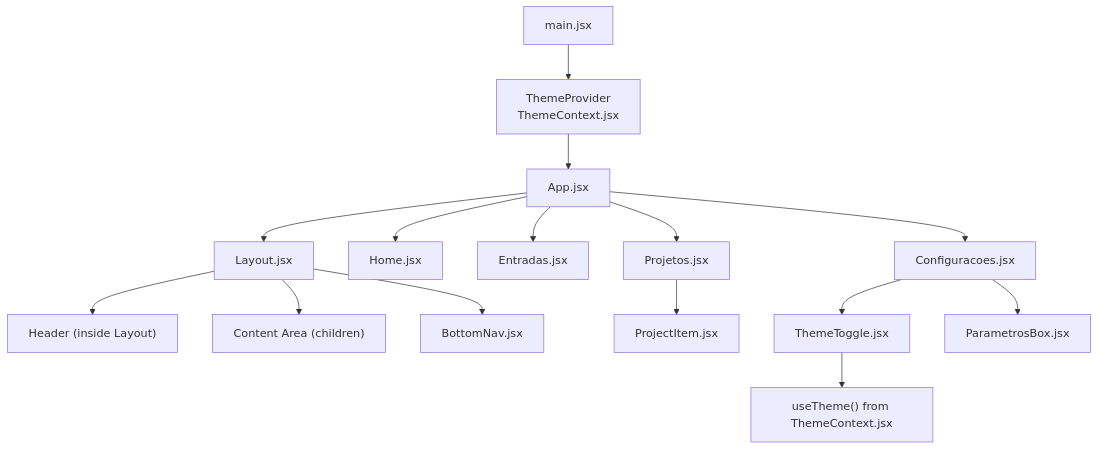
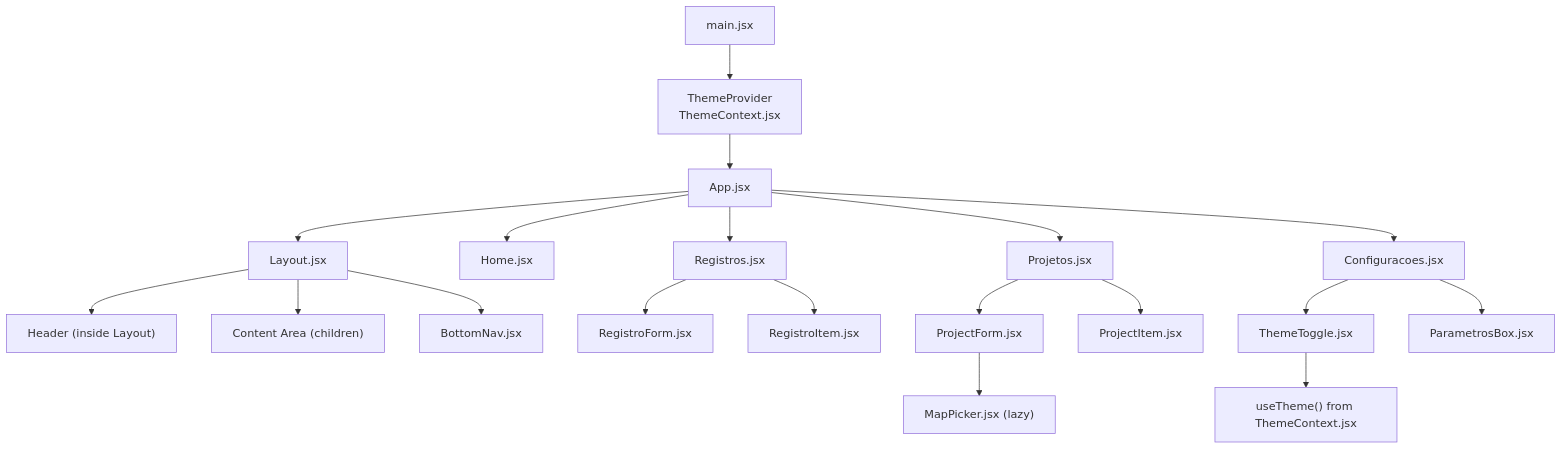
One commit to RobertRuas/nordic-worklog changed the first of 3 diagrams in .qoder/repowiki/en/content/Architecture Overview/Component Hierarchy.md. Above: the diagram before and after it, drawn with Mermaid. The commit also changed other lines of this file and 4 other files, not shown here.

````diff
--- a/.qoder/repowiki/en/content/Architecture Overview/Component Hierarchy.md
+++ b/.qoder/repowiki/en/content/Architecture Overview/Component Hierarchy.md
@@ -36,17 +38,21 @@
 ```mermaid
 graph TB
 Main["main.jsx"] --> Provider["ThemeProvider<br/>ThemeContext.jsx"]
 Provider --> App["App.jsx"]
 App --> Layout["Layout.jsx"]
 Layout --> Header["Header (inside Layout)"]
 Layout --> Content["Content Area (children)"]
 Layout --> BottomNav["BottomNav.jsx"]
 App --> Home["Home.jsx"]
-App --> Entradas["Entradas.jsx"]
+App --> Registros["Registros.jsx"]
 App --> Projetos["Projetos.jsx"]
 App --> Configuracoes["Configuracoes.jsx"]
+Registros --> RegistroForm["RegistroForm.jsx"]
+Registros --> RegistroItem["RegistroItem.jsx"]
+Projetos --> ProjectForm["ProjectForm.jsx"]
 Projetos --> ProjectItem["ProjectItem.jsx"]
+ProjectForm --> MapPicker["MapPicker.jsx (lazy)"]
 Configuracoes --> ThemeToggle["ThemeToggle.jsx"]
 Configuracoes --> ParametrosBox["ParametrosBox.jsx"]
 ThemeToggle --> ThemeContext["useTheme() from ThemeContext.jsx"]
 ```
````
